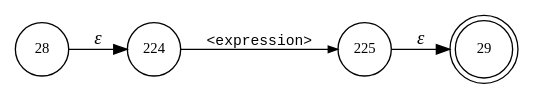
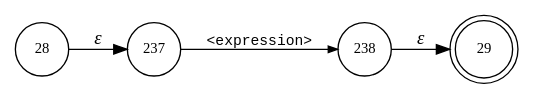
One commit to gar13177/Scanner changed the diagram in build/classes/grammar/ANTLR/decaf.arg.dot. Above: the diagram before and after it, drawn with Graphviz. The commit also changed 226 other files, not shown here.

```diff
--- a/build/classes/grammar/ANTLR/decaf.arg.dot
+++ b/build/classes/grammar/ANTLR/decaf.arg.dot
@@ -1,10 +1,10 @@
 digraph ATN {
 rankdir=LR;
 s29[fontsize=11, label="29", shape=doublecircle, fixedsize=true, width=.6];
-s224[fontsize=11,label="224", shape=circle, fixedsize=true, width=.55, peripheries=1];
-s225[fontsize=11,label="225", shape=circle, fixedsize=true, width=.55, peripheries=1];
 s28[fontsize=11,label="28", shape=circle, fixedsize=true, width=.55, peripheries=1];
-s28 -> s224 [fontname="Times-Italic", label="&epsilon;"];
-s224 -> s225 [fontsize=11, fontname="Courier", arrowsize=.7, label = "<expression>", arrowhead = normal];
-s225 -> s29 [fontname="Times-Italic", label="&epsilon;"];
+s237[fontsize=11,label="237", shape=circle, fixedsize=true, width=.55, peripheries=1];
+s238[fontsize=11,label="238", shape=circle, fixedsize=true, width=.55, peripheries=1];
+s28 -> s237 [fontname="Times-Italic", label="&epsilon;"];
+s237 -> s238 [fontsize=11, fontname="Courier", arrowsize=.7, label = "<expression>", arrowhead = normal];
+s238 -> s29 [fontname="Times-Italic", label="&epsilon;"];
 }
```
